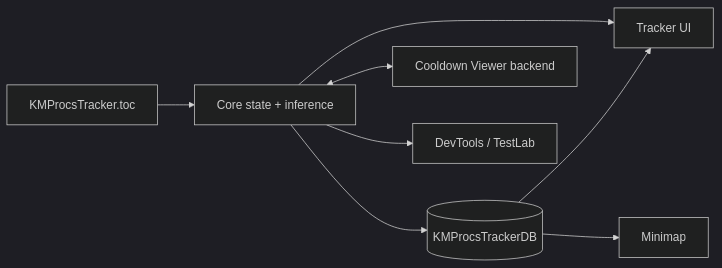
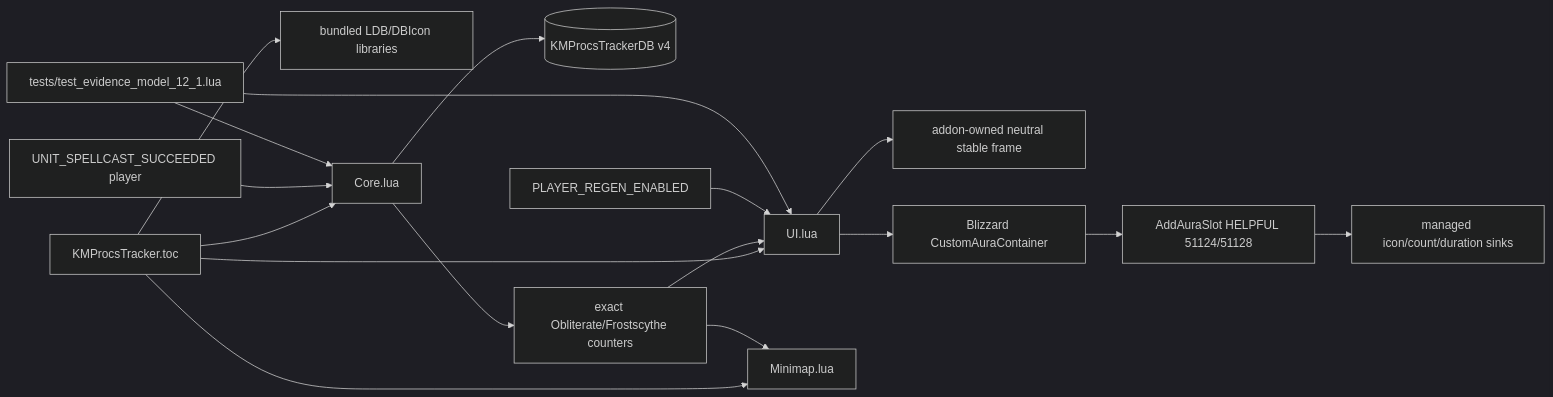
One commit to UnknownAlienHuman/km-procs-tracker changed the diagram in CODE_GRAPH.md. Above: the diagram before and after it, drawn with Mermaid (dark theme). The commit also changed other lines of this file, not shown here.

Commit message:
docs: update the evidence-safe code graph

````diff
--- a/CODE_GRAPH.md
+++ b/CODE_GRAPH.md
@@ -3,10 +3,19 @@
 ```mermaid
 flowchart LR
-  TOC["KMProcsTracker.toc"] --> Core["Core state + inference"]
-  Core --> DB[("KMProcsTrackerDB")]
-  Core <--> CDM["Cooldown Viewer backend"]
-  Core --> UI["Tracker UI"]
-  DB --> UI
-  DB --> Mini["Minimap"]
-  Core --> Dev["DevTools / TestLab"]
+  T["KMProcsTracker.toc"] --> L["bundled LDB/DBIcon libraries"]
+  T --> C["Core.lua"]
+  T --> U["UI.lua"]
+  T --> M["Minimap.lua"]
+  C --> DB[("KMProcsTrackerDB v4")]
+  E["UNIT_SPELLCAST_SUCCEEDED player"] --> C
+  C --> X["exact Obliterate/Frostscythe counters"]
+  X --> U
+  X --> M
+  U --> S["addon-owned neutral stable frame"]
+  U --> A["Blizzard CustomAuraContainer"]
+  A --> AS["AddAuraSlot HELPFUL 51124/51128"]
+  AS --> D["managed icon/count/duration sinks"]
+  R["PLAYER_REGEN_ENABLED"] --> U
+  Z["tests/test_evidence_model_12_1.lua"] --> C
+  Z --> U
 ```
````
